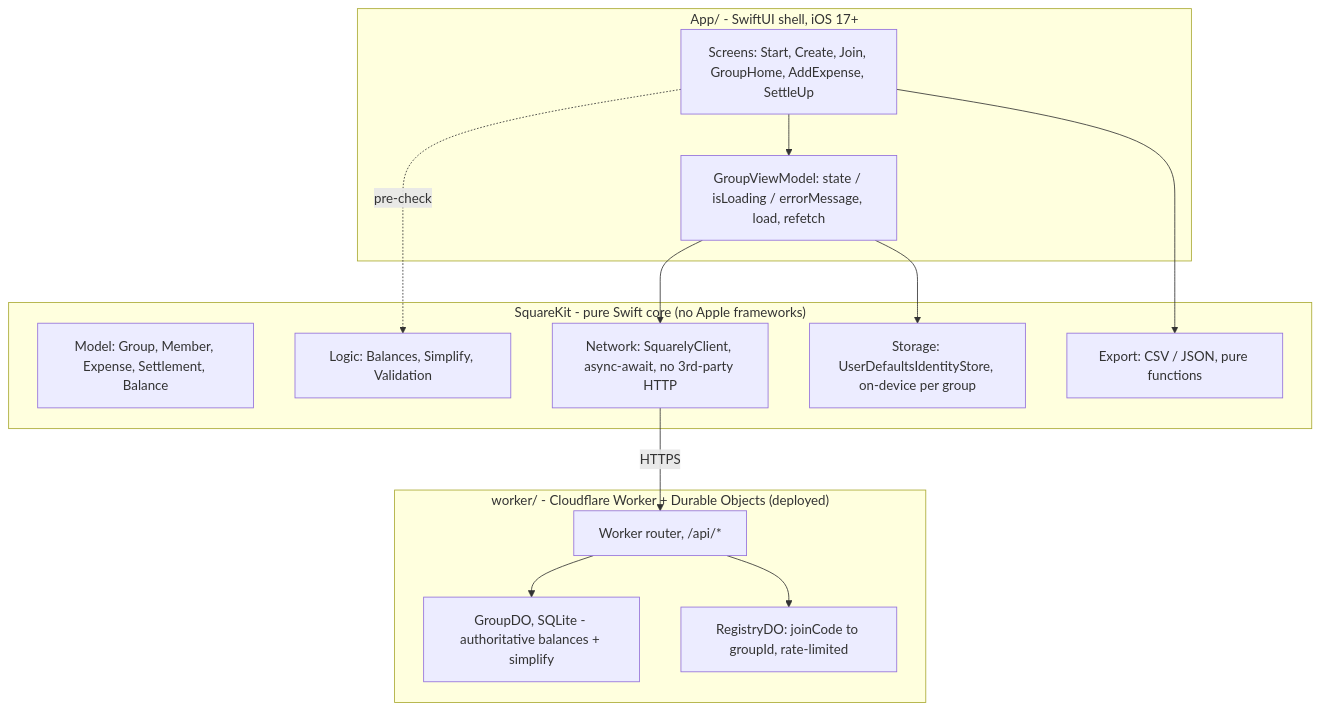
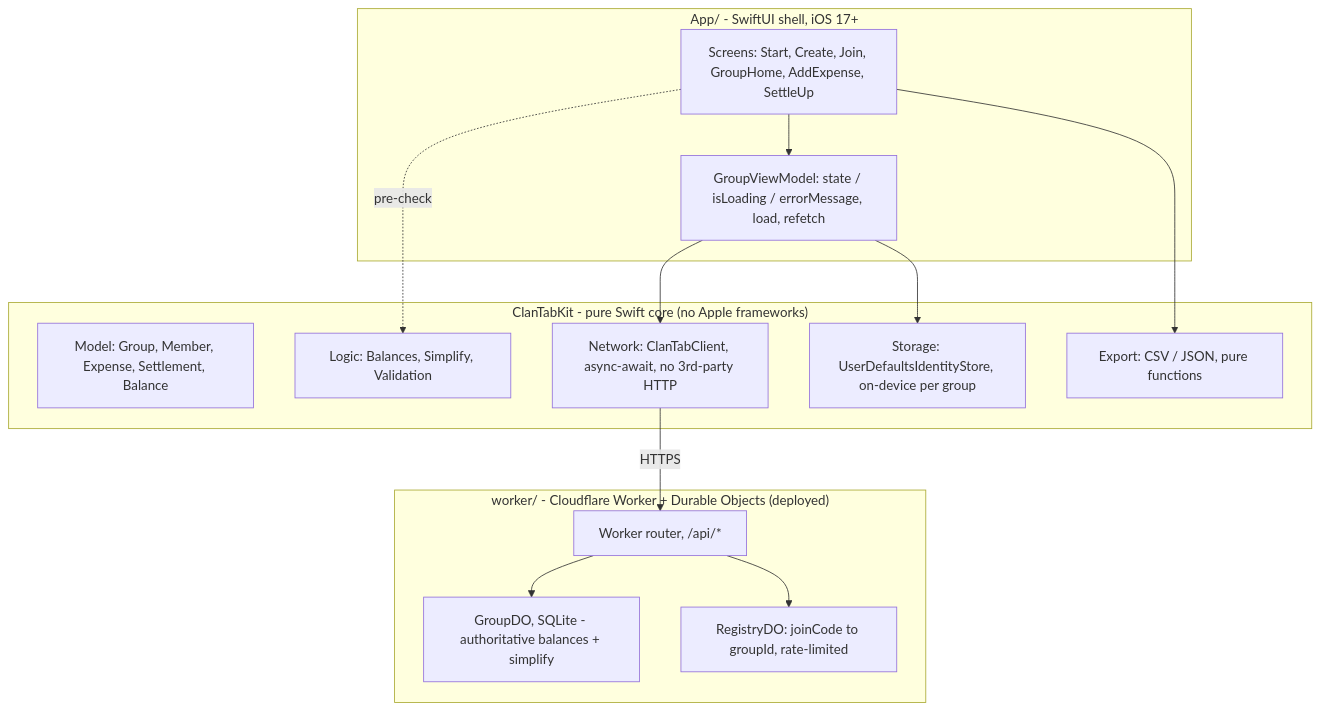
Before and after one commit to nakka-labs/clantab-ios: the diagram in README.md, drawn with Mermaid. The commit also changed other lines of this file and 114 other files, not shown here.

First line of the commit message:
rebrand: Squarely → ClanTab across code, tests, config, and docs

````diff
--- a/README.md
+++ b/README.md
@@ -40,30 +40,30 @@
 ```mermaid
 flowchart TB
     subgraph app["App/ - SwiftUI shell, iOS 17+"]
         screens["Screens: Start, Create, Join, GroupHome, AddExpense, SettleUp"]
         vm["GroupViewModel: state / isLoading / errorMessage, load, refetch"]
         screens --> vm
     end
 
-    subgraph kit["SquareKit - pure Swift core (no Apple frameworks)"]
+    subgraph kit["ClanTabKit - pure Swift core (no Apple frameworks)"]
         model["Model: Group, Member, Expense, Settlement, Balance"]
         logic["Logic: Balances, Simplify, Validation"]
-        client["Network: SquarelyClient, async-await, no 3rd-party HTTP"]
+        client["Network: ClanTabClient, async-await, no 3rd-party HTTP"]
         store["Storage: UserDefaultsIdentityStore, on-device per group"]
         export["Export: CSV / JSON, pure functions"]
     end
 
     vm --> client
     vm --> store
     screens --> export
     screens -.->|"pre-check"| logic
     client -->|HTTPS| worker
 
     subgraph backend["worker/ - Cloudflare Worker + Durable Objects (deployed)"]
         worker["Worker router, /api/*"]
         groupdo["GroupDO, SQLite - authoritative balances + simplify"]
         registrydo["RegistryDO: joinCode to groupId, rate-limited"]
         worker --> groupdo
         worker --> registrydo
     end
 ```
````
